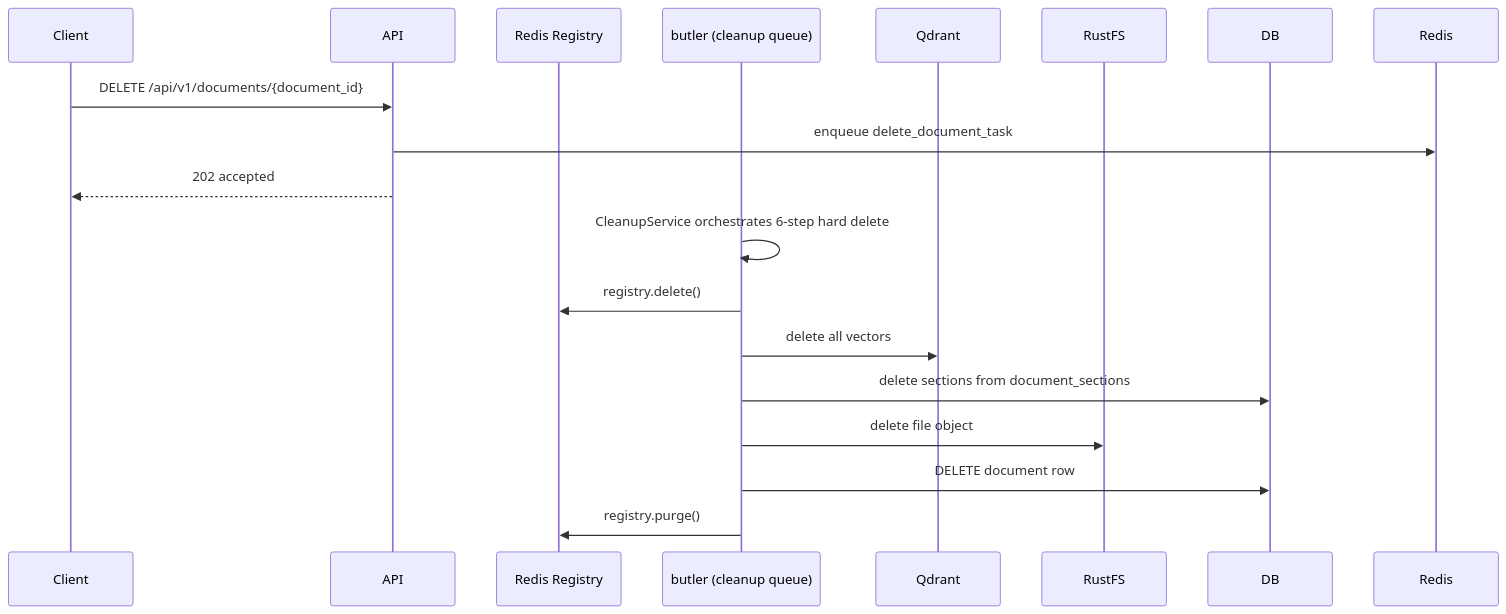
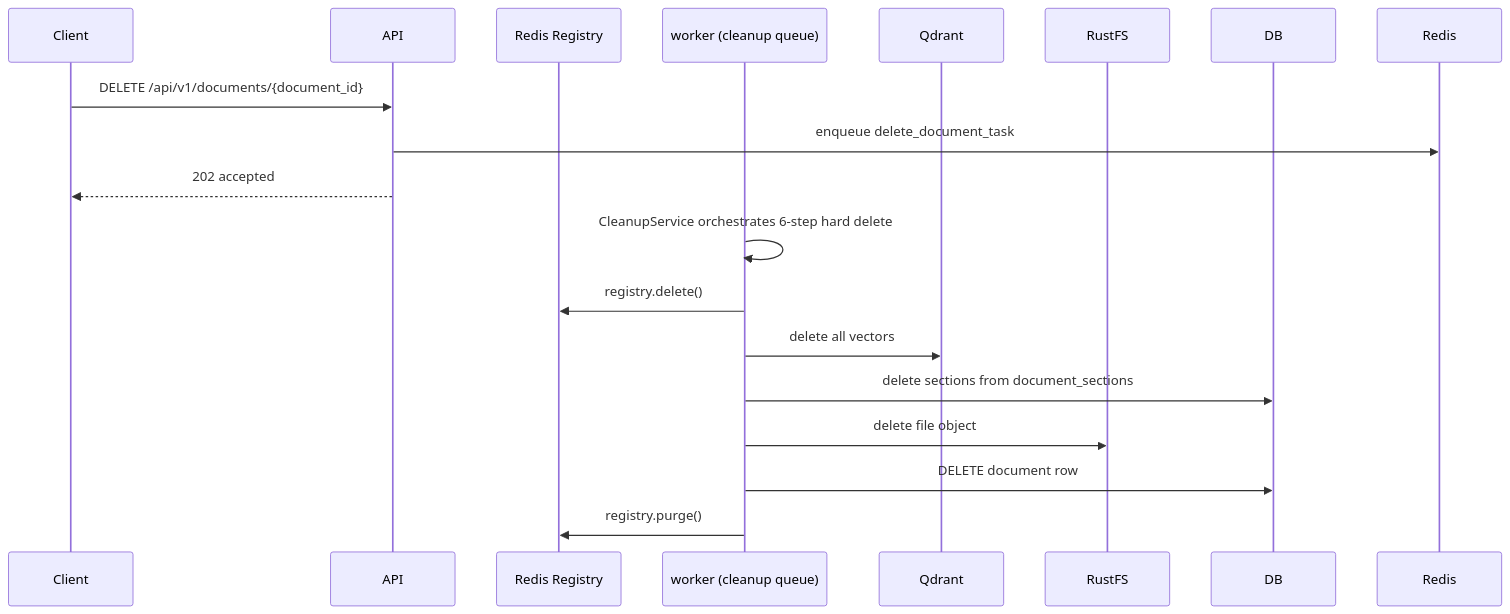
The third of 4 diagrams in docs/02_WORKFLOWS.md (qtuanph/chatbot-rag), drawn with Mermaid before and after one commit. The commit also changed other lines of this file and 32 other files, not shown here.

````diff
--- a/docs/02_WORKFLOWS.md
+++ b/docs/02_WORKFLOWS.md
@@ -103,22 +103,22 @@
 ```mermaid
 sequenceDiagram
     participant Client
     participant API
     participant Registry as Redis Registry
-    participant Cleanup as butler (cleanup queue)
+    participant Cleanup as worker (cleanup queue)
     participant Qdrant
     participant RustFS
     participant DB
 
     Client->>API: DELETE /api/v1/documents/{document_id}
     API->>Redis: enqueue delete_document_task
     API-->>Client: 202 accepted
 
     Cleanup->>Cleanup: CleanupService orchestrates 6-step hard delete
     Cleanup->>Registry: registry.delete()
     Cleanup->>Qdrant: delete all vectors
     Cleanup->>DB: delete sections from document_sections
     Cleanup->>RustFS: delete file object
     Cleanup->>DB: DELETE document row
     Cleanup->>Registry: registry.purge()
 ```
````
